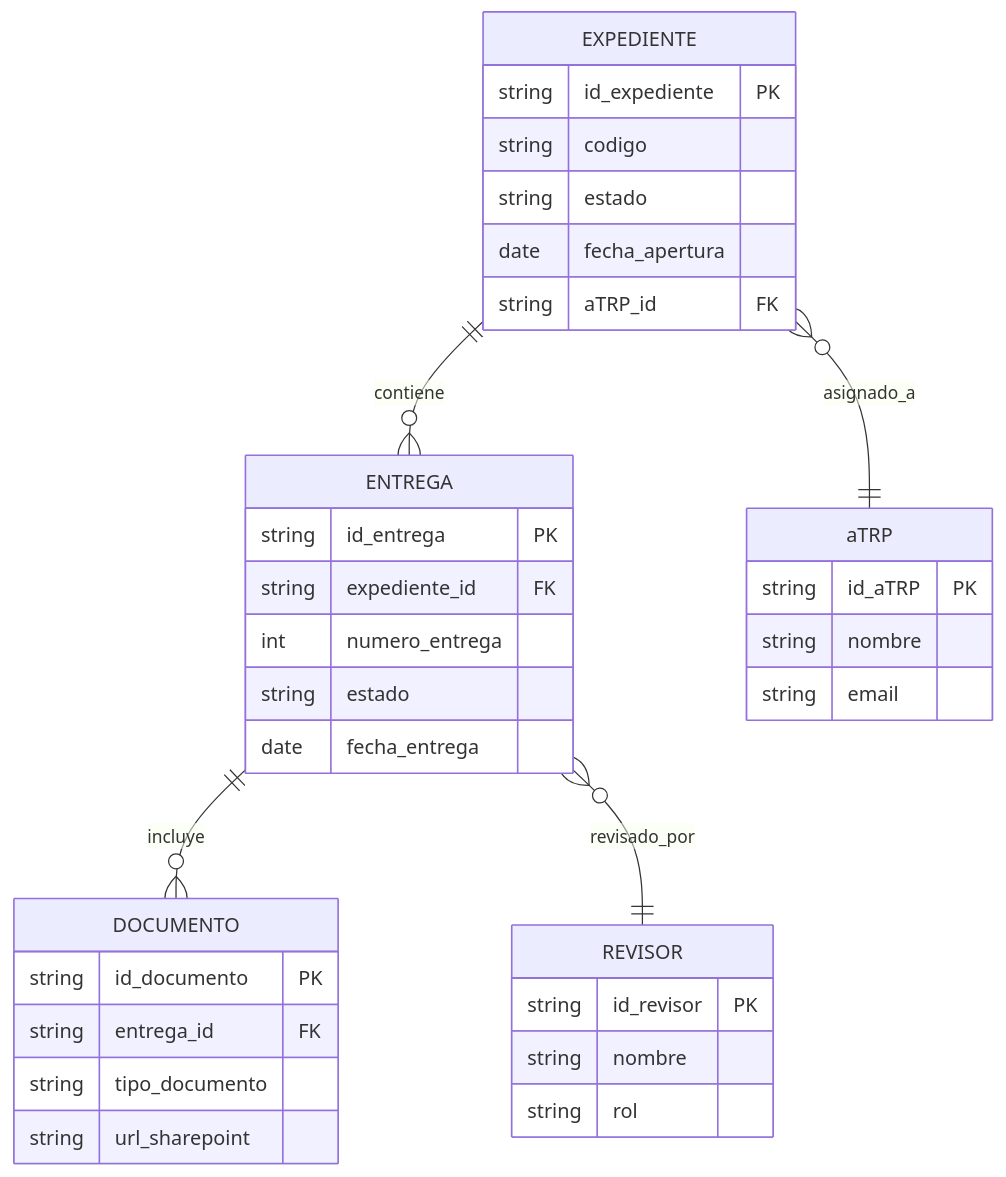
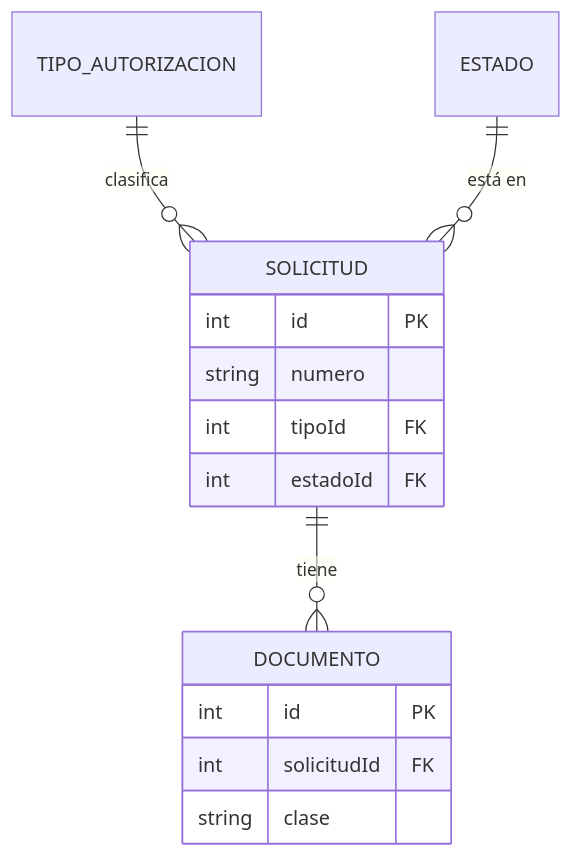
Before and after one commit to raulogm077/Analista-Funcional-Appian: the second of 2 diagrams in skills/appian-functional-analyst/references/mermaid-diagrams.md, drawn with Mermaid. The commit also changed other lines of this file and 68 other files, not shown here.

````diff
--- a/skills/appian-functional-analyst/references/mermaid-diagrams.md
+++ b/skills/appian-functional-analyst/references/mermaid-diagrams.md
@@ -162,38 +55,17 @@
 ```mermaid
 erDiagram
-  EXPEDIENTE ||--o{ ENTREGA : "contiene"
-  EXPEDIENTE }o--|| aTRP : "asignado_a"
-  ENTREGA ||--o{ DOCUMENTO : "incluye"
-  ENTREGA }o--|| REVISOR : "revisado_por"
-
-  EXPEDIENTE {
-    string id_expediente PK
-    string codigo
-    string estado
-    date fecha_apertura
-    string aTRP_id FK
-  }
-  ENTREGA {
-    string id_entrega PK
-    string expediente_id FK
-    int numero_entrega
-    string estado
-    date fecha_entrega
-  }
-  DOCUMENTO {
-    string id_documento PK
-    string entrega_id FK
-    string tipo_documento
-    string url_sharepoint
-  }
-  aTRP {
-    string id_aTRP PK
-    string nombre
-    string email
-  }
-  REVISOR {
-    string id_revisor PK
-    string nombre
-    string rol
-  }
+    TIPO_AUTORIZACION ||--o{ SOLICITUD : "clasifica"
+    ESTADO ||--o{ SOLICITUD : "está en"
+    SOLICITUD ||--o{ DOCUMENTO : "tiene"
+    SOLICITUD {
+        int id PK
+        string numero
+        int tipoId FK
+        int estadoId FK
+    }
+    DOCUMENTO {
+        int id PK
+        int solicitudId FK
+        string clase
+    }
 ```
````
